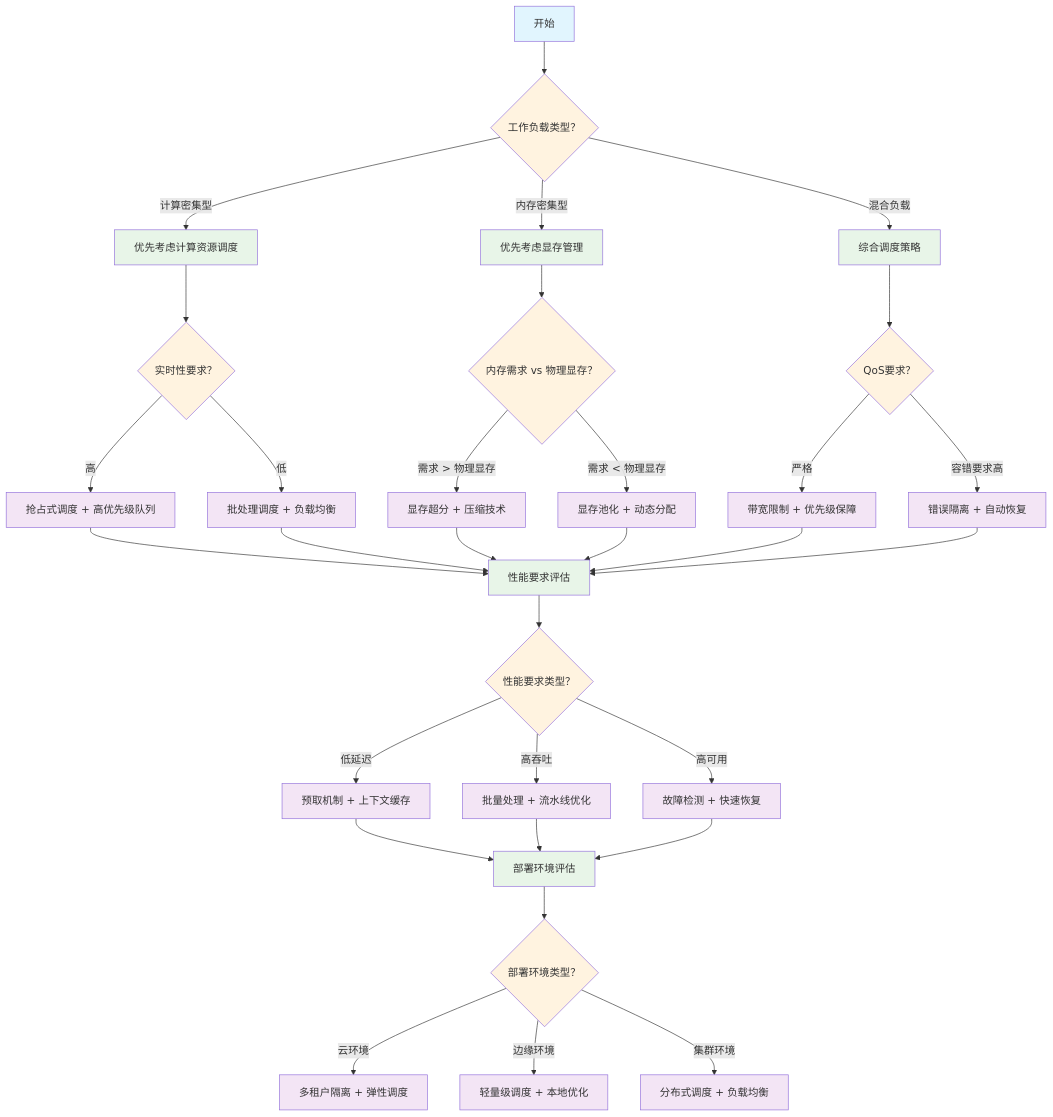
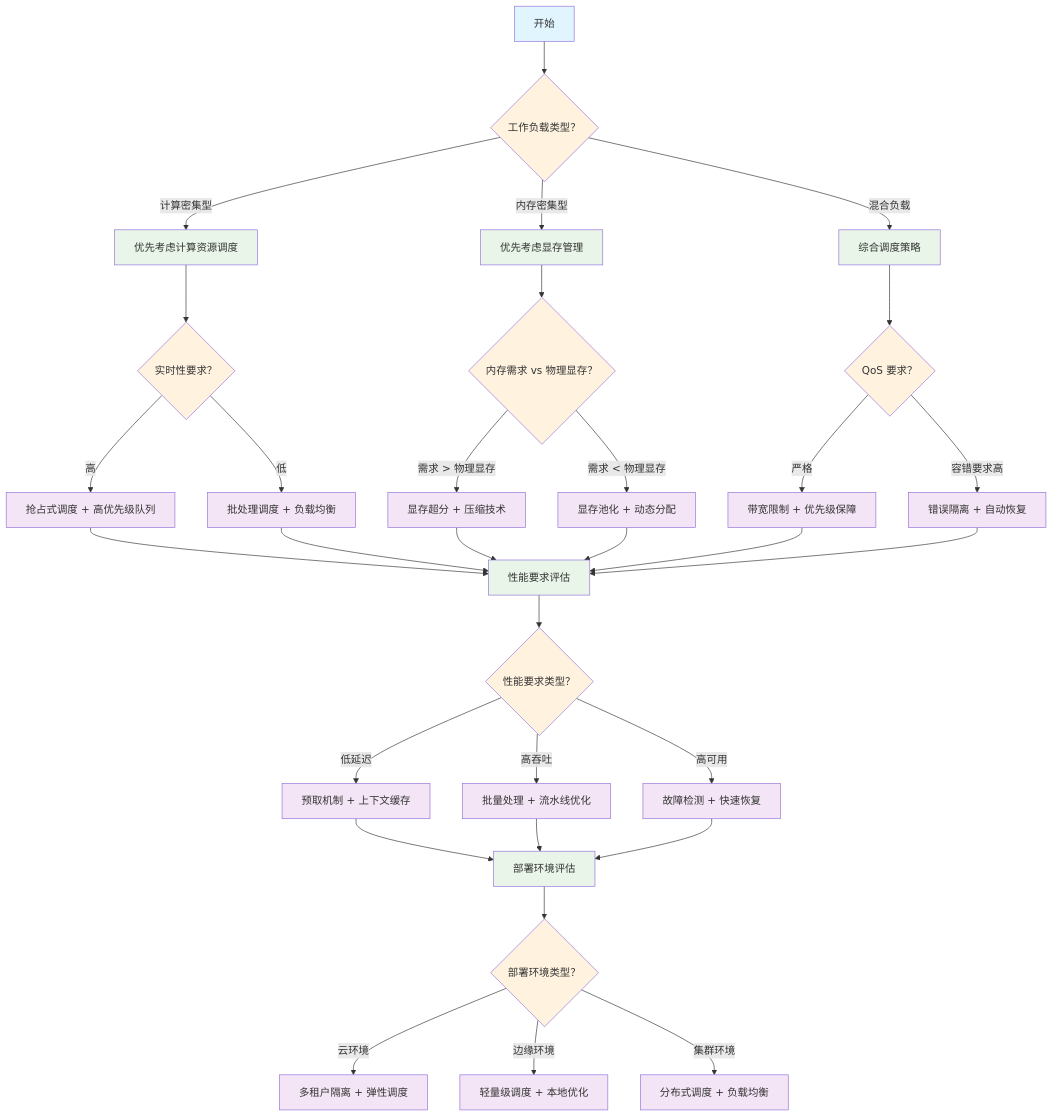
Before and after one commit to ForceInjection/AI-fundamentals: the second of 2 diagrams in gpu_manager/第三部分：资源管理与优化篇.md, drawn with Mermaid. The commit also changed other lines of this file and 6 other files, not shown here.

````diff
--- a/gpu_manager/第三部分：资源管理与优化篇.md
+++ b/gpu_manager/第三部分：资源管理与优化篇.md
@@ -2258,59 +2258,59 @@
 ```mermaid
 flowchart TD
     A[开始] --> B{工作负载类型？}
     
     %% 工作负载类型分支
     B -->|计算密集型| C[优先考虑计算资源调度]
     B -->|内存密集型| D[优先考虑显存管理]
     B -->|混合负载| E[综合调度策略]
     
     %% 计算密集型子分支
     C --> C1{实时性要求？}
     C1 -->|高| C2[抢占式调度 + 高优先级队列]
     C1 -->|低| C3[批处理调度 + 负载均衡]
     
     %% 内存密集型子分支
     D --> D1{内存需求 vs 物理显存？}
     D1 -->|需求 > 物理显存| D2[显存超分 + 压缩技术]
     D1 -->|需求 < 物理显存| D3[显存池化 + 动态分配]
     
     %% 混合负载子分支
-    E --> E1{QoS要求？}
+    E --> E1{QoS 要求？}
     E1 -->|严格| E2[带宽限制 + 优先级保障]
     E1 -->|容错要求高| E3[错误隔离 + 自动恢复]
     
     %% 性能要求决策
     F[性能要求评估] --> G{性能要求类型？}
     G -->|低延迟| H[预取机制 + 上下文缓存]
     G -->|高吞吐| I[批量处理 + 流水线优化]
     G -->|高可用| J[故障检测 + 快速恢复]
     
     %% 部署环境决策
     K[部署环境评估] --> L{部署环境类型？}
     L -->|云环境| M[多租户隔离 + 弹性调度]
     L -->|边缘环境| N[轻量级调度 + 本地优化]
     L -->|集群环境| O[分布式调度 + 负载均衡]
     
     %% 连接到后续决策
     C2 --> F
     C3 --> F
     D2 --> F
     D3 --> F
     E2 --> F
     E3 --> F
     
     H --> K
     I --> K
     J --> K
     
     %% 样式定义
     classDef startEnd fill:#e1f5fe
     classDef decision fill:#fff3e0
     classDef action fill:#e8f5e8
     classDef strategy fill:#f3e5f5
     
     class A startEnd
     class B,C1,D1,E1,G,L decision
     class C,D,E,F,K action
     class C2,C3,D2,D3,E2,E3,H,I,J,M,N,O strategy
 ```
````
